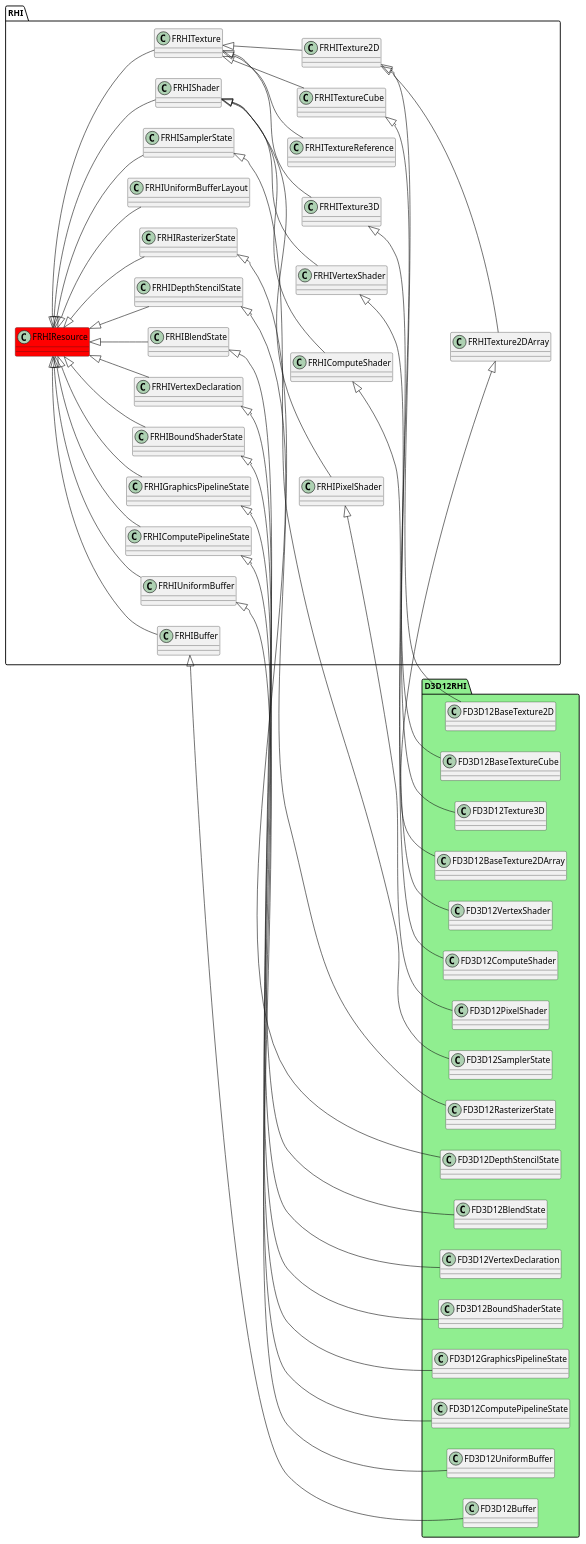
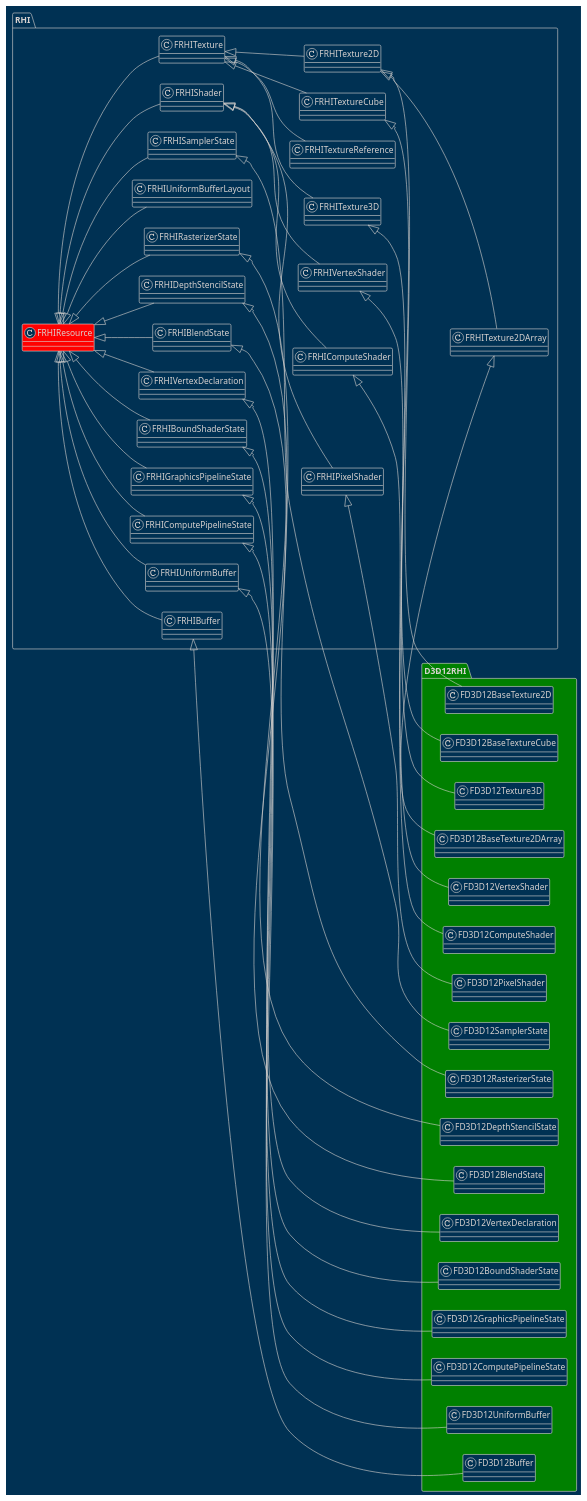
Before and after one commit to yuanlin2008/Notes: the second of 2 diagrams in RenderModules.md, drawn with PlantUML. The commit also changed other lines of this file, not shown here.

````diff
--- a/RenderModules.md
+++ b/RenderModules.md
@@ -90,50 +91,51 @@
 ```puml
 left to right direction
+!theme blueprint
 
 package RHI{
 	class FRHIResource #red
 
 	FRHIResource<|--FRHISamplerState
 	FRHIResource<|--FRHIRasterizerState
 	FRHIResource<|--FRHIDepthStencilState
 	FRHIResource<|--FRHIBlendState
 	FRHIResource<|--FRHIVertexDeclaration
 	FRHIResource<|--FRHIBoundShaderState
 	FRHIResource<|--FRHIShader
 	FRHIShader<|--FRHIVertexShader
 	FRHIShader<|--FRHIPixelShader
 	FRHIShader<|--FRHIComputeShader
 	FRHIResource<|--FRHIGraphicsPipelineState
 	FRHIResource<|--FRHIComputePipelineState
 	FRHIResource<|--FRHIUniformBufferLayout
 	FRHIResource<|--FRHIUniformBuffer
 	FRHIResource<|--FRHIBuffer
 	FRHIResource<|--FRHITexture
 	FRHITexture<|--FRHITexture2D
 	FRHITexture2D<|--FRHITexture2DArray
 	FRHITexture<|--FRHITexture3D
 	FRHITexture<|--FRHITextureCube
 	FRHITexture<|--FRHITextureReference
 }
 
-package D3D12RHI #lightgreen{
+package D3D12RHI #green{
 	FRHISamplerState<|--FD3D12SamplerState
 	FRHIRasterizerState<|--FD3D12RasterizerState
 	FRHIDepthStencilState<|--FD3D12DepthStencilState
 	FRHIBlendState<|--FD3D12BlendState
 	FRHIVertexDeclaration<|--FD3D12VertexDeclaration
 	FRHIBoundShaderState<|--FD3D12BoundShaderState
 	FRHIVertexShader<|--FD3D12VertexShader
 	FRHIPixelShader<|--FD3D12PixelShader
 	FRHIComputeShader<|--FD3D12ComputeShader
 	FRHIGraphicsPipelineState<|--FD3D12GraphicsPipelineState
 	FRHIComputePipelineState<|--FD3D12ComputePipelineState
 	FRHIUniformBuffer<|--FD3D12UniformBuffer
 	FRHIBuffer<|--FD3D12Buffer
 	FRHITexture2D<|--FD3D12BaseTexture2D
 	FRHITexture2DArray<|--FD3D12BaseTexture2DArray
 	FRHITexture3D<|--FD3D12Texture3D
 	FRHITextureCube<|--FD3D12BaseTextureCube
 }
 
 ```
````
